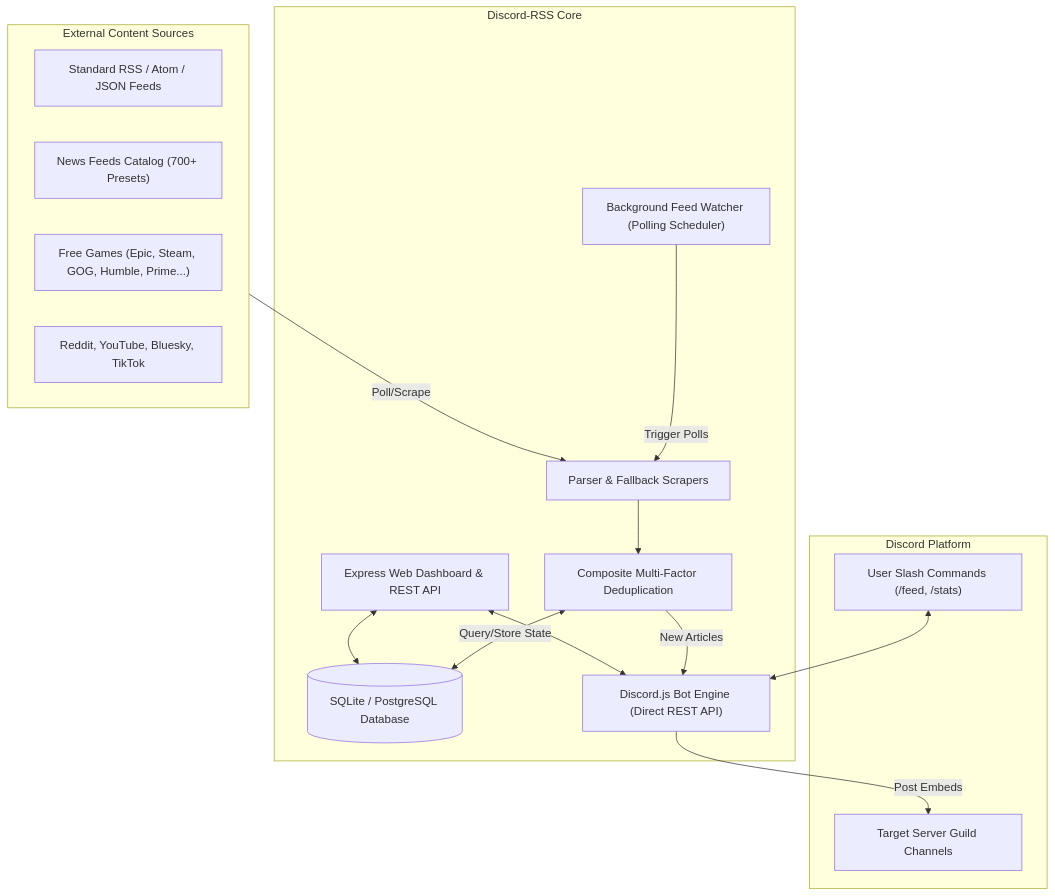
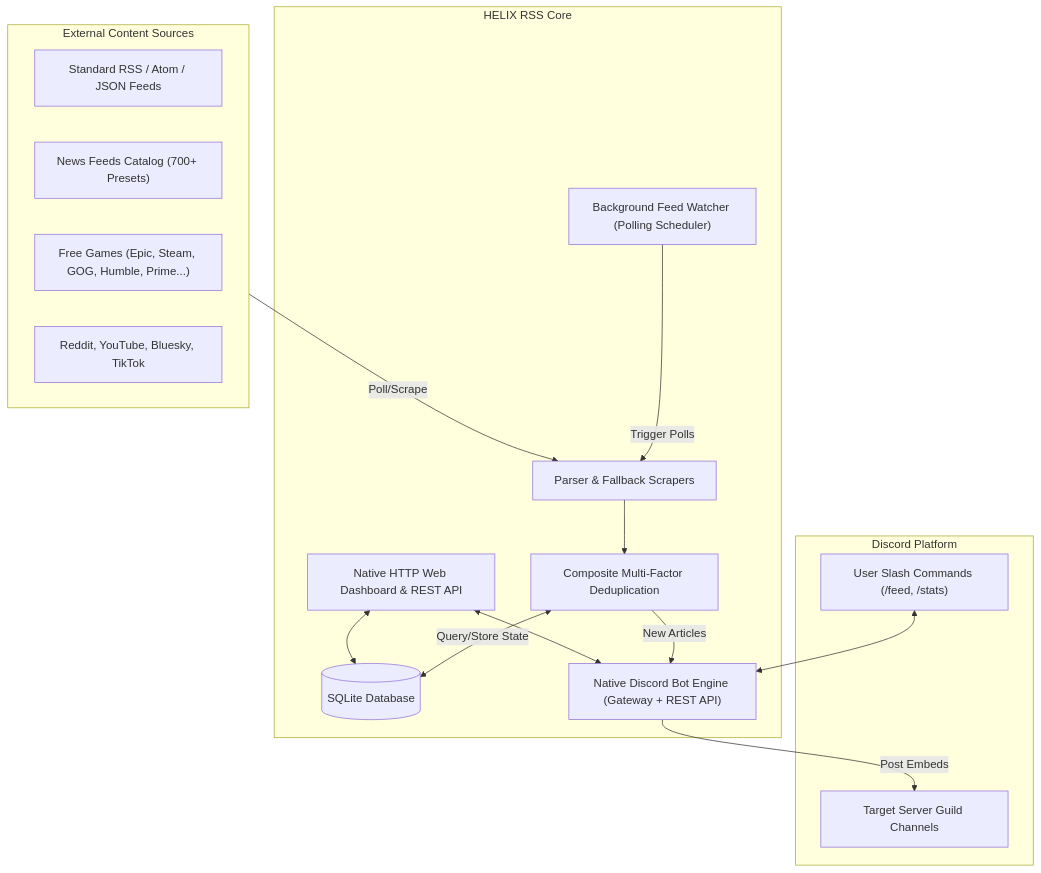
Before and after one commit to HELIX-Origin/Discord-RSS: the diagram in wiki/HOME.md, drawn with Mermaid. The commit also changed other lines of this file and 16 other files, not shown here.

````diff
--- a/wiki/HOME.md
+++ b/wiki/HOME.md
@@ -27,33 +27,33 @@
 ```mermaid
 flowchart TD
     subgraph Sources["External Content Sources"]
         RSS["Standard RSS / Atom / JSON Feeds"]
         News["News Feeds Catalog (700+ Presets)"]
         Games["Free Games (Epic, Steam, GOG, Humble, Prime...)"]
         Social["Reddit, YouTube, Bluesky, TikTok"]
     end
 
-    subgraph CoreEngine["Discord-RSS Core"]
+    subgraph CoreEngine["HELIX RSS Core"]
         Watcher["Background Feed Watcher (Polling Scheduler)"]
         Parser["Parser & Fallback Scrapers"]
         Dedup["Composite Multi-Factor Deduplication"]
-        DB[(SQLite / PostgreSQL Database)]
-        Bot["Discord.js Bot Engine (Direct REST API)"]
-        Web["Express Web Dashboard & REST API"]
+        DB[(SQLite Database)]
+        Bot["Native Discord Bot Engine (Gateway + REST API)"]
+        Web["Native HTTP Web Dashboard & REST API"]
     end
 
     subgraph Discord["Discord Platform"]
         Channels["Target Server Guild Channels"]
         SlashCmd["User Slash Commands (/feed, /stats)"]
     end
 
     Sources -->|Poll/Scrape| Parser
     Watcher -->|Trigger Polls| Parser
     Parser --> Dedup
     Dedup <-->|Query/Store State| DB
     Dedup -->|New Articles| Bot
     Bot -->|Post Embeds| Channels
     SlashCmd <--> Bot
     Web <--> DB
     Web <--> Bot
 ```
````
